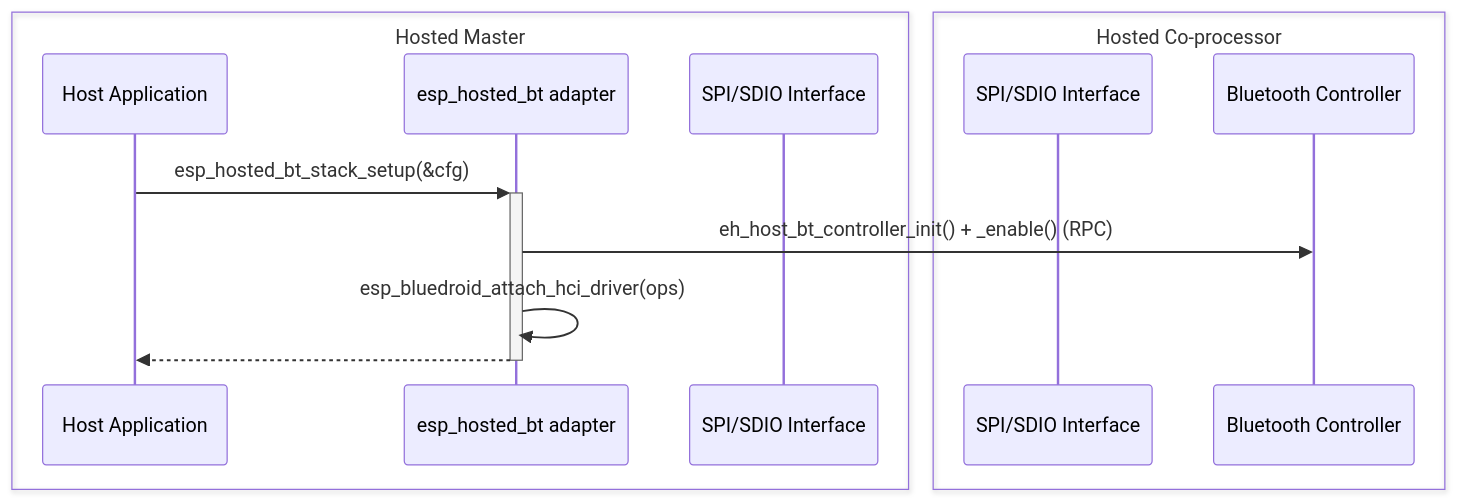
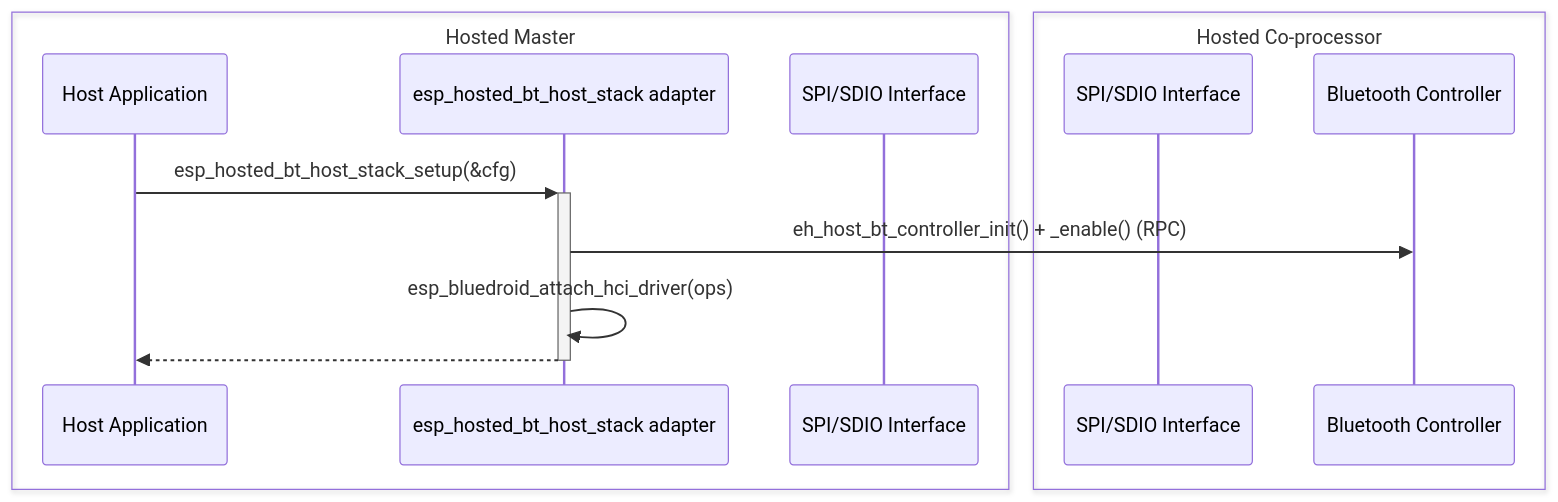
Before and after one commit to espressif/esp-hosted: the seventh of 12 diagrams in docs/design/bluetooth.md, drawn with Mermaid. The commit also changed other lines of this file and 41 other files, not shown here.

Commit message:
bt: rename the BT host-stack adapter esp_hosted_bt -> esp_hosted_bt_host_stack

````diff
--- a/docs/design/bluetooth.md
+++ b/docs/design/bluetooth.md
@@ -275,18 +275,18 @@
 ```mermaid
 sequenceDiagram
     box transparent Hosted Master
     participant bt as Host Application
-    participant hhci as esp_hosted_bt adapter
+    participant hhci as esp_hosted_bt_host_stack adapter
     participant master as SPI/SDIO Interface
     end
 
     box transparent Hosted Co-processor
     participant sinterface as SPI/SDIO Interface
     participant slave as Bluetooth Controller
     end
 
-    bt ->> +hhci : esp_hosted_bt_stack_setup(&cfg)
+    bt ->> +hhci : esp_hosted_bt_host_stack_setup(&cfg)
     hhci ->> slave : eh_host_bt_controller_init() + _enable() (RPC)
     hhci ->> hhci : esp_bluedroid_attach_hci_driver(ops)
     hhci -->> -bt :
 ```
````
